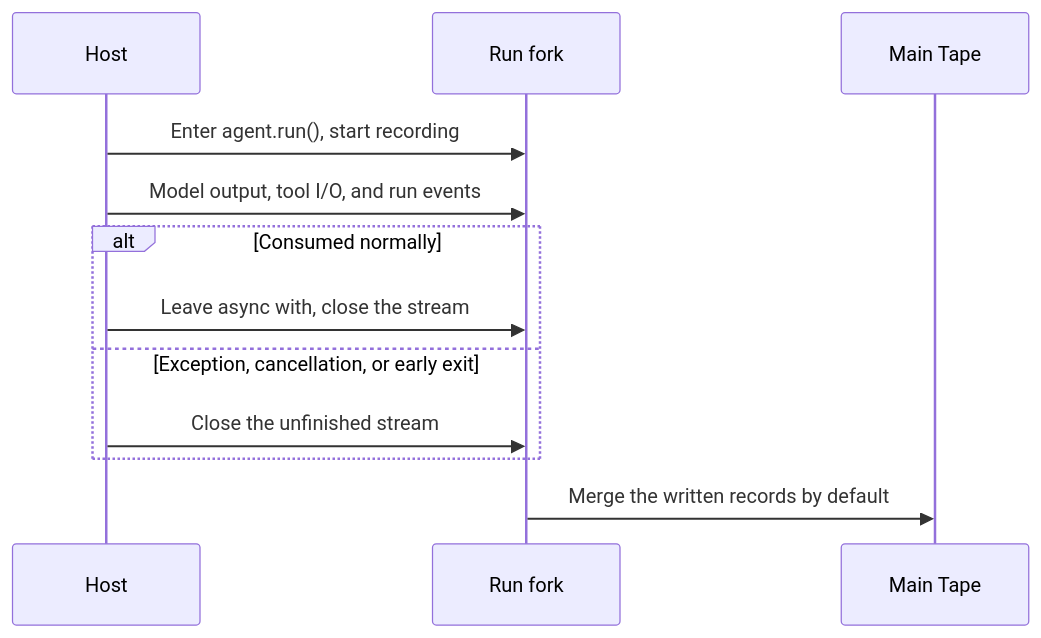
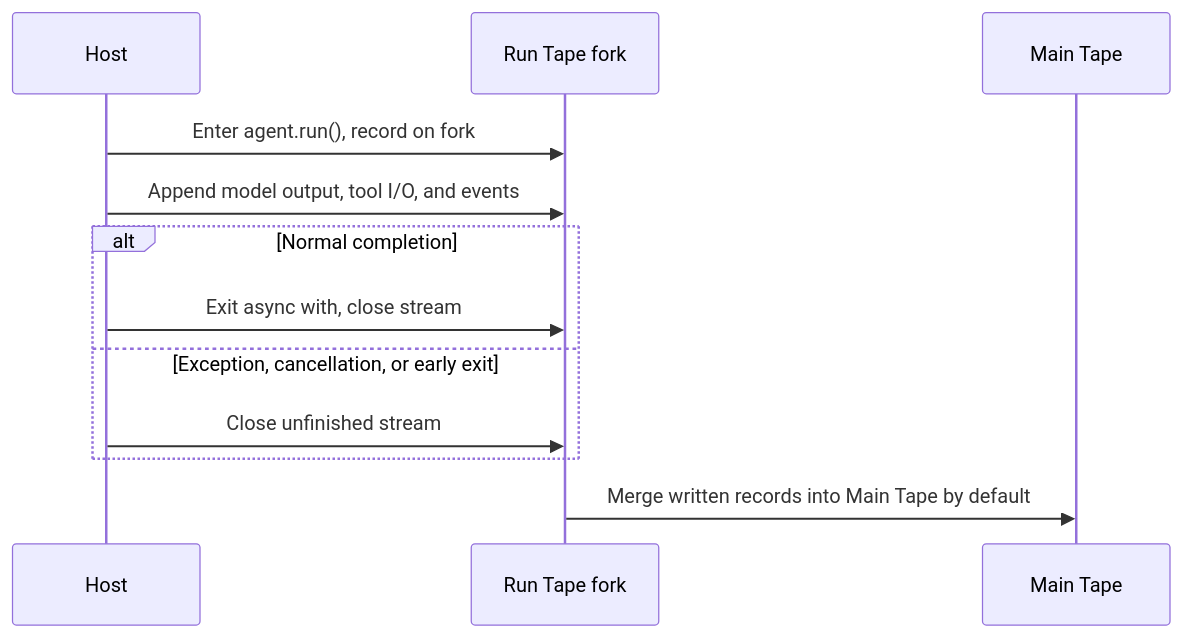
The diagram in website/src/content/docs/docs/sdk/tape.mdx (bubbuild/bub), drawn with Mermaid before and after one commit. The commit also changed other lines of this file and 74 other files, not shown here.

````diff
--- a/website/src/content/docs/docs/sdk/tape.mdx
+++ b/website/src/content/docs/docs/sdk/tape.mdx
@@ -291,14 +257,14 @@
 ```mermaid
 sequenceDiagram
     participant Host as Host
-    participant Fork as Run fork
+    participant Fork as Run Tape fork
     participant Main as Main Tape
-    Host->>Fork: Enter agent.run(), start recording
-    Host->>Fork: Model output, tool I/O, and run events
-    alt Consumed normally
-        Host->>Fork: Leave async with, close the stream
+    Host->>Fork: Enter agent.run(), record on fork
+    Host->>Fork: Append model output, tool I/O, and events
+    alt Normal completion
+        Host->>Fork: Exit async with, close stream
     else Exception, cancellation, or early exit
-        Host->>Fork: Close the unfinished stream
+        Host->>Fork: Close unfinished stream
     end
-    Fork->>Main: Merge the written records by default
+    Fork->>Main: Merge written records into Main Tape by default
 ```
````
